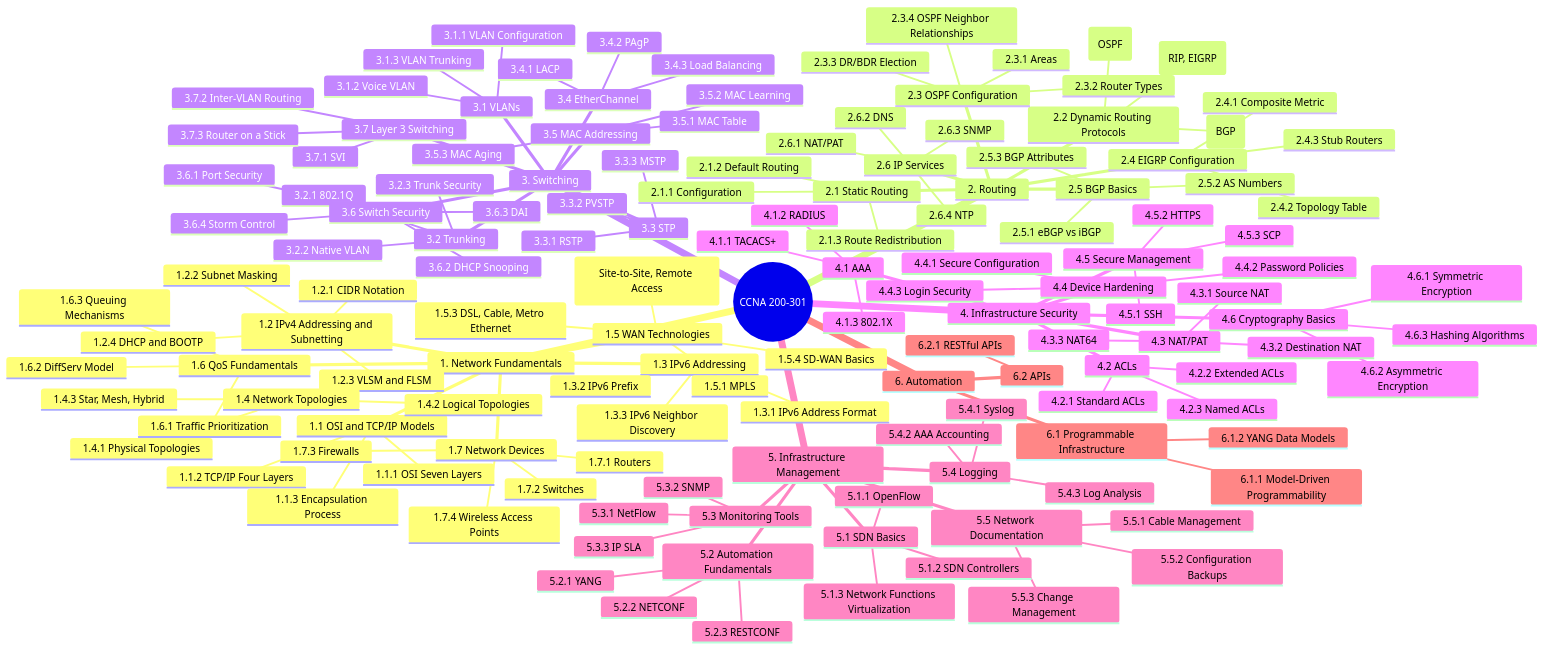
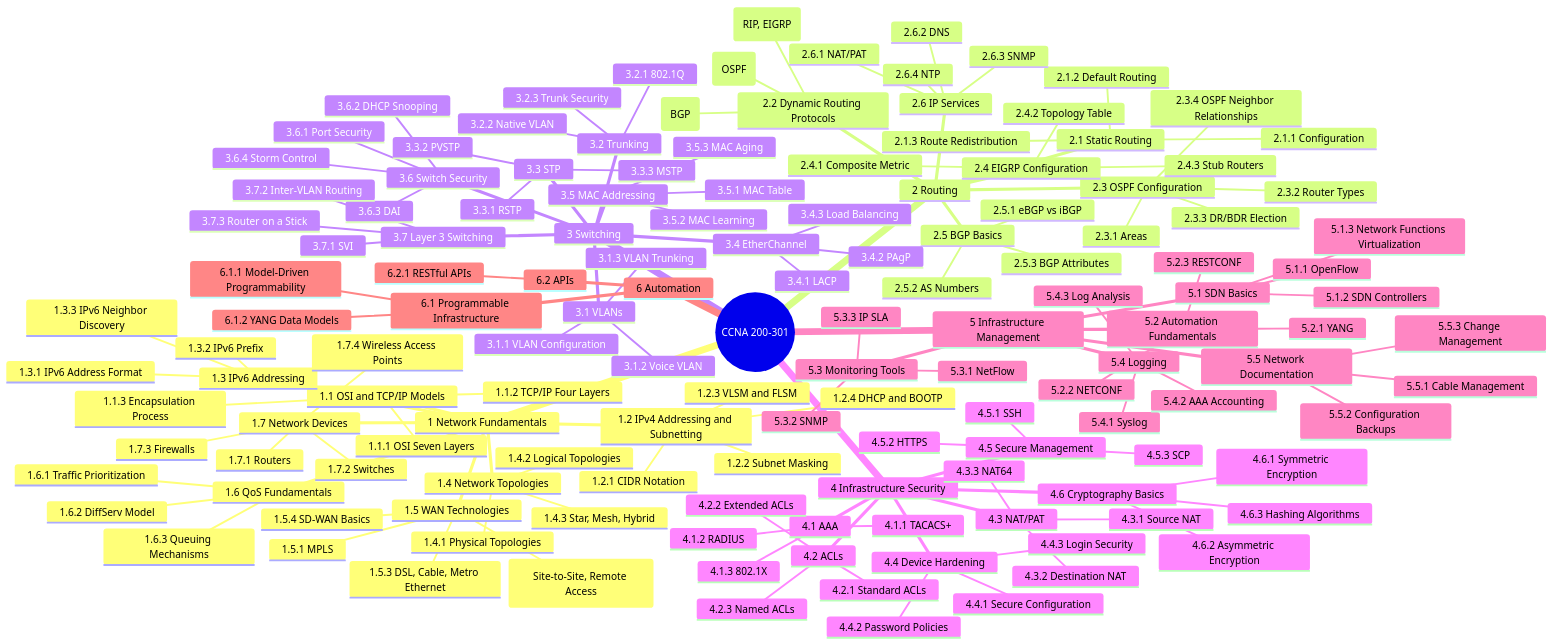
Before and after one commit to sbzsilva/mindmap: the diagram in Cisco/CCNA/200-301.md, drawn with Mermaid.

````diff
--- a/Cisco/CCNA/200-301.md
+++ b/Cisco/CCNA/200-301.md
@@ -1,7 +1,7 @@
 ```mermaid
 mindmap
   root((CCNA 200-301))
-    1. Network Fundamentals
+    1 Network Fundamentals
       1.1 OSI and TCP/IP Models
         1.1.1 OSI Seven Layers
         1.1.2 TCP/IP Four Layers
@@ -33,7 +33,7 @@
         1.7.2 Switches
         1.7.3 Firewalls
         1.7.4 Wireless Access Points
-    2. Routing
+    2 Routing
       2.1 Static Routing
         2.1.1 Configuration
         2.1.2 Default Routing
@@ -60,7 +60,7 @@
         2.6.2 DNS
         2.6.3 SNMP
         2.6.4 NTP
-    3. Switching
+    3 Switching
       3.1 VLANs
         3.1.1 VLAN Configuration
         3.1.2 Voice VLAN
@@ -90,7 +90,7 @@
         3.7.1 SVI
         3.7.2 Inter-VLAN Routing
         3.7.3 Router on a Stick
-    4. Infrastructure Security
+    4 Infrastructure Security
       4.1 AAA
         4.1.1 TACACS+
         4.1.2 RADIUS
@@ -115,7 +115,7 @@
         4.6.1 Symmetric Encryption
         4.6.2 Asymmetric Encryption
         4.6.3 Hashing Algorithms
-    5. Infrastructure Management
+    5 Infrastructure Management
       5.1 SDN Basics
         5.1.1 OpenFlow
         5.1.2 SDN Controllers
@@ -136,7 +136,7 @@
         5.5.1 Cable Management
         5.5.2 Configuration Backups
         5.5.3 Change Management
-    6. Automation
+    6 Automation
       6.1 Programmable Infrastructure
         6.1.1 Model-Driven Programmability
         6.1.2 YANG Data Models
````
